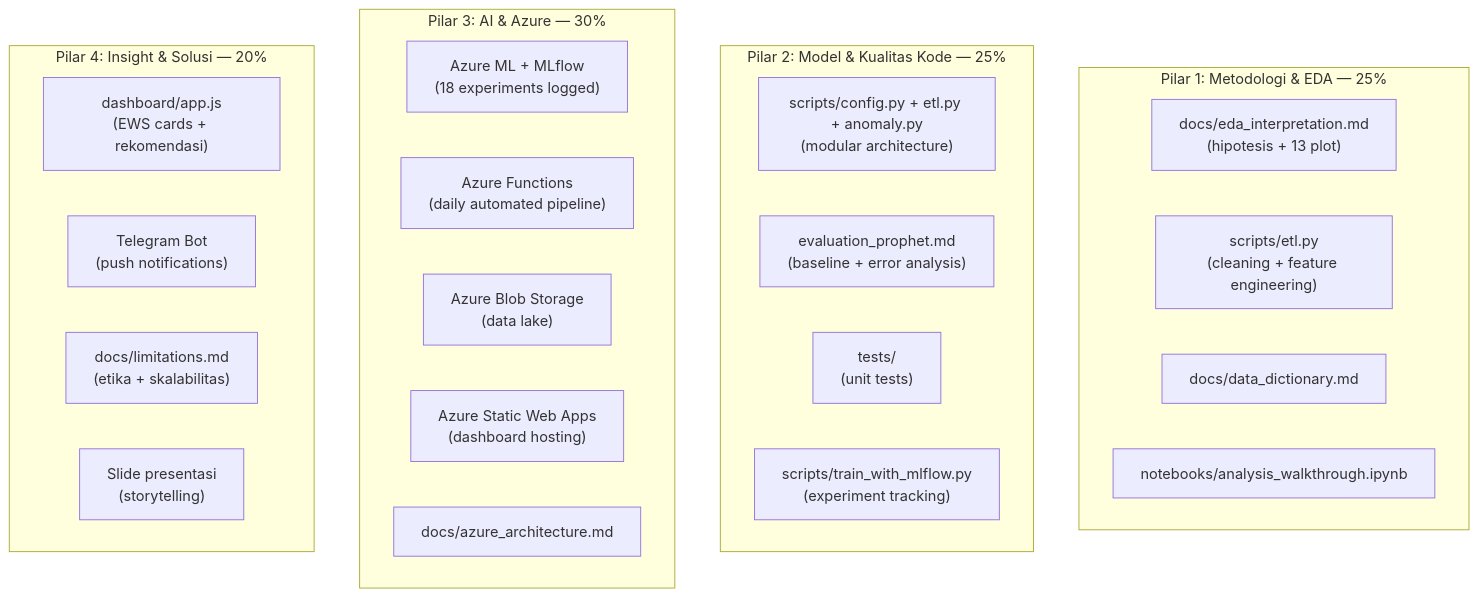
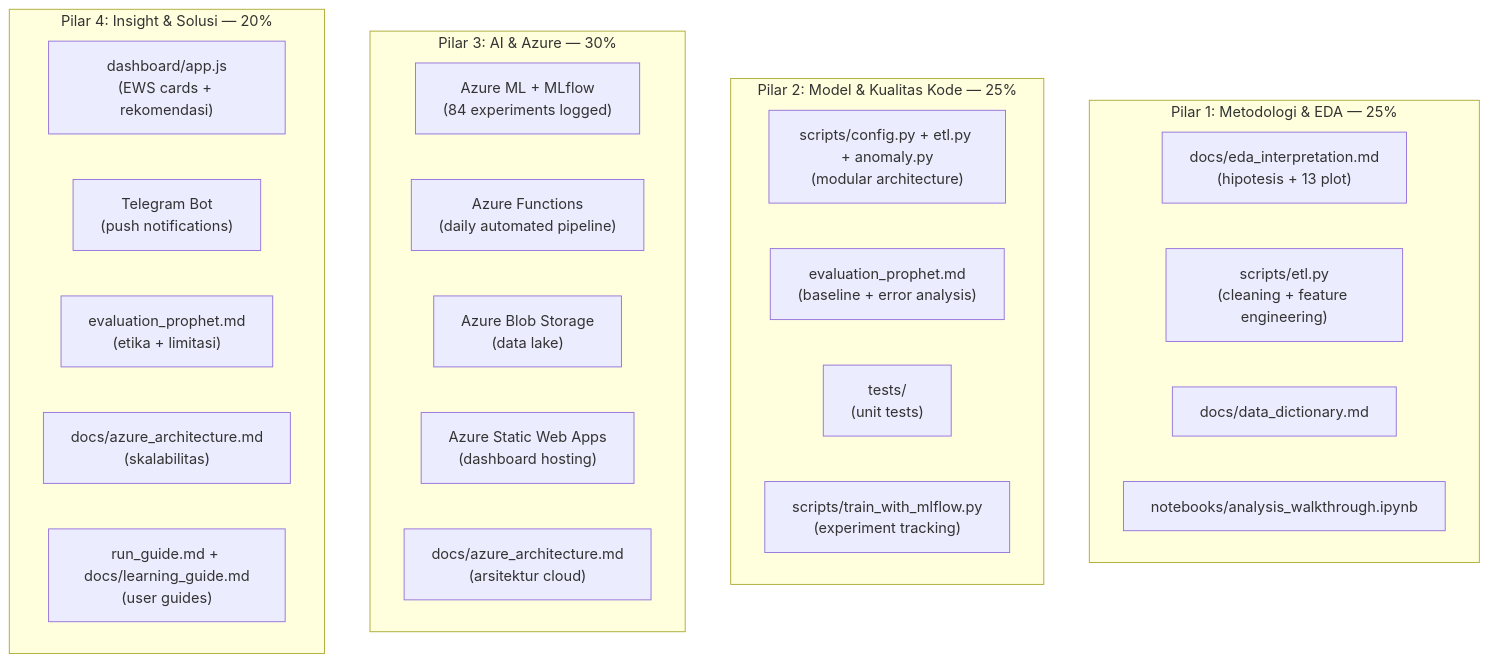
Before and after one commit to aceh-resilience-monitor/Aceh-Resilience-Monitor: the seventh of 8 diagrams in docs/strategy/05_arm_workflow_dataflow.md, drawn with Mermaid. The commit also changed other lines of this file and 8 other files, not shown here.

````diff
--- a/docs/strategy/05_arm_workflow_dataflow.md
+++ b/docs/strategy/05_arm_workflow_dataflow.md
@@ -313,31 +318,32 @@
 ```mermaid
 graph TD
     subgraph "Pilar 1: Metodologi & EDA — 25%"
         P1A["docs/eda_interpretation.md\n(hipotesis + 13 plot)"]
         P1B["scripts/etl.py\n(cleaning + feature engineering)"]
         P1C["docs/data_dictionary.md"]
         P1D["notebooks/analysis_walkthrough.ipynb"]
     end
 
     subgraph "Pilar 2: Model & Kualitas Kode — 25%"
         P2A["scripts/config.py + etl.py + anomaly.py\n(modular architecture)"]
         P2B["evaluation_prophet.md\n(baseline + error analysis)"]
         P2C["tests/\n(unit tests)"]
         P2D["scripts/train_with_mlflow.py\n(experiment tracking)"]
     end
 
     subgraph "Pilar 3: AI & Azure — 30%"
-        P3A["Azure ML + MLflow\n(18 experiments logged)"]
+        P3A["Azure ML + MLflow\n(84 experiments logged)"]
         P3B["Azure Functions\n(daily automated pipeline)"]
         P3C["Azure Blob Storage\n(data lake)"]
         P3D["Azure Static Web Apps\n(dashboard hosting)"]
-        P3E["docs/azure_architecture.md"]
+        P3E["docs/azure_architecture.md\n(arsitektur cloud)"]
     end
 
     subgraph "Pilar 4: Insight & Solusi — 20%"
         P4A["dashboard/app.js\n(EWS cards + rekomendasi)"]
         P4B["Telegram Bot\n(push notifications)"]
-        P4C["docs/limitations.md\n(etika + skalabilitas)"]
-        P4D["Slide presentasi\n(storytelling)"]
+        P4C["evaluation_prophet.md\n(etika + limitasi)"]
+        P4D["docs/azure_architecture.md\n(skalabilitas)"]
+        P4E["run_guide.md + docs/learning_guide.md\n(user guides)"]
     end
 ```
````
